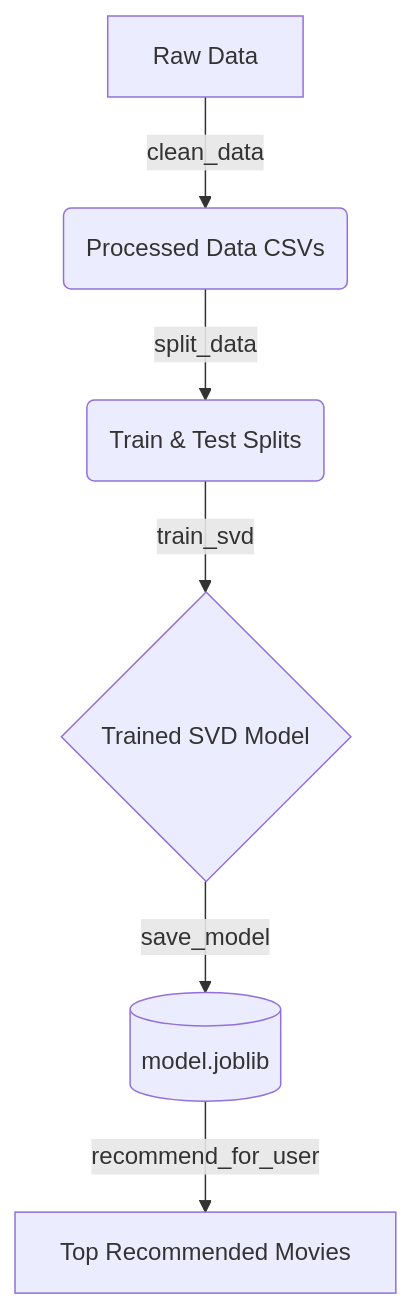
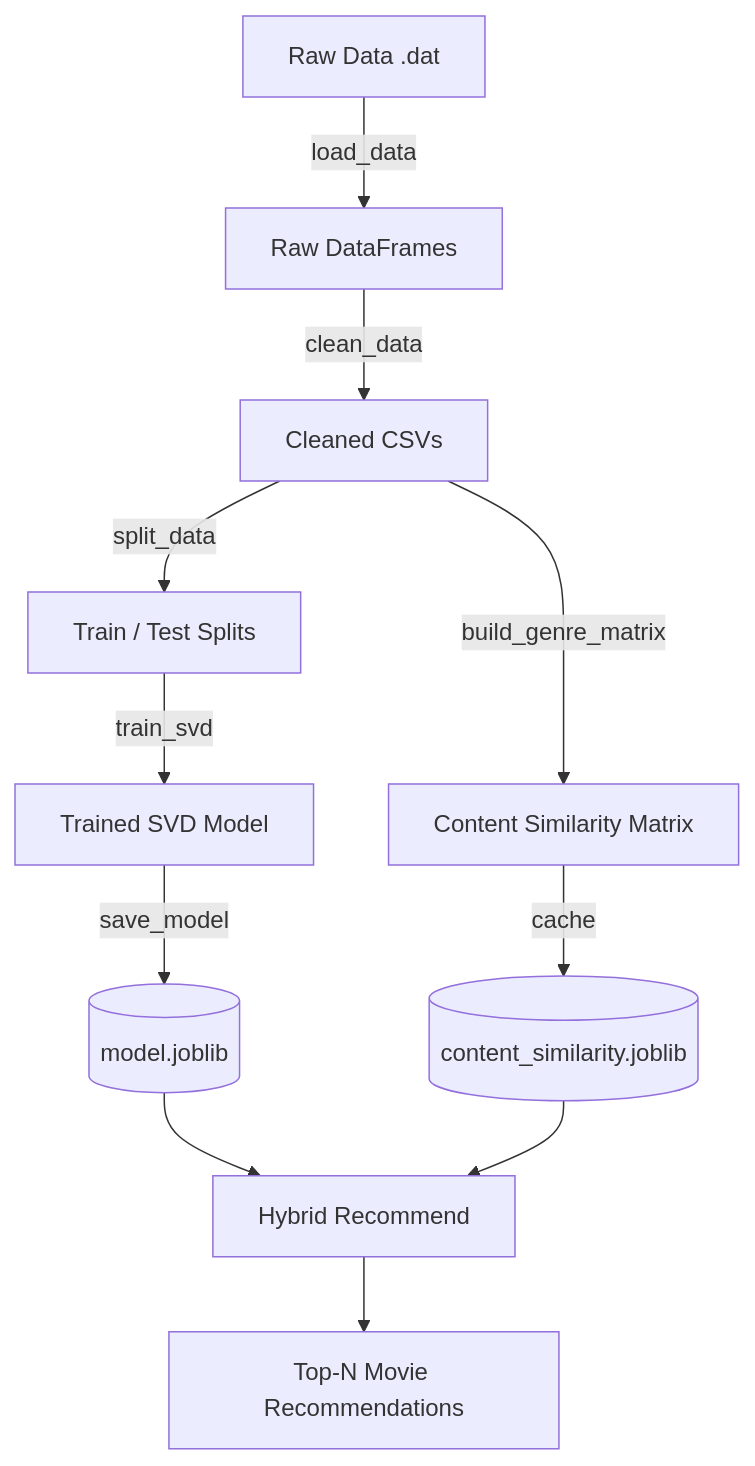
The diagram in README.md (UsamaAliK/Movie-Recomendation-System), drawn with Mermaid before and after one commit. The commit also changed other lines of this file, not shown here.

````diff
--- a/README.md
+++ b/README.md
@@ -26,8 +54,13 @@
 ```mermaid
 graph TD
-    A[Raw Data] -->|clean_data| B(Processed Data CSVs)
-    B -->|split_data| C(Train & Test Splits)
-    C -->|train_svd| D{Trained SVD Model}
-    D -->|save_model| E[(model.joblib)]
-    E -->|recommend_for_user| F[Top Recommended Movies]
+    A[Raw Data .dat] -->|load_data| B[Raw DataFrames]
+    B -->|clean_data| C[Cleaned CSVs]
+    C -->|split_data| D[Train / Test Splits]
+    D -->|train_svd| E[Trained SVD Model]
+    E -->|save_model| F[(model.joblib)]
+    C -->|build_genre_matrix| G[Content Similarity Matrix]
+    G -->|cache| H[(content_similarity.joblib)]
+    F --> I[Hybrid Recommend]
+    H --> I
+    I --> J[Top-N Movie Recommendations]
 ```
````
